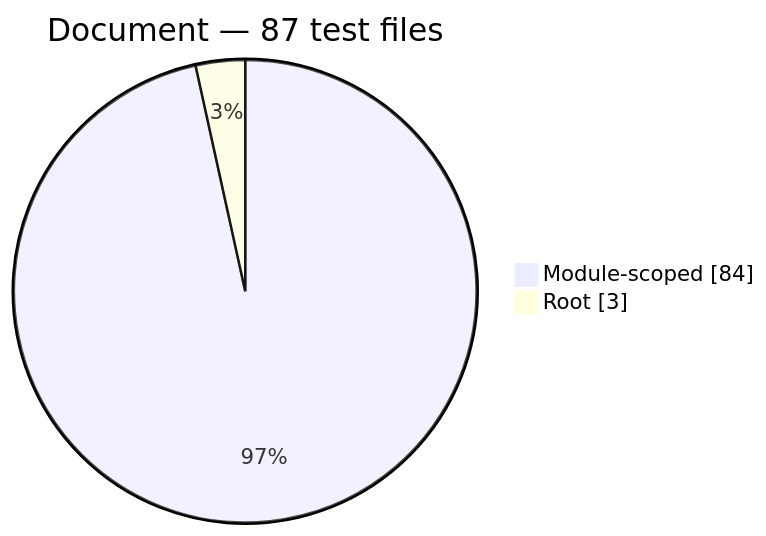
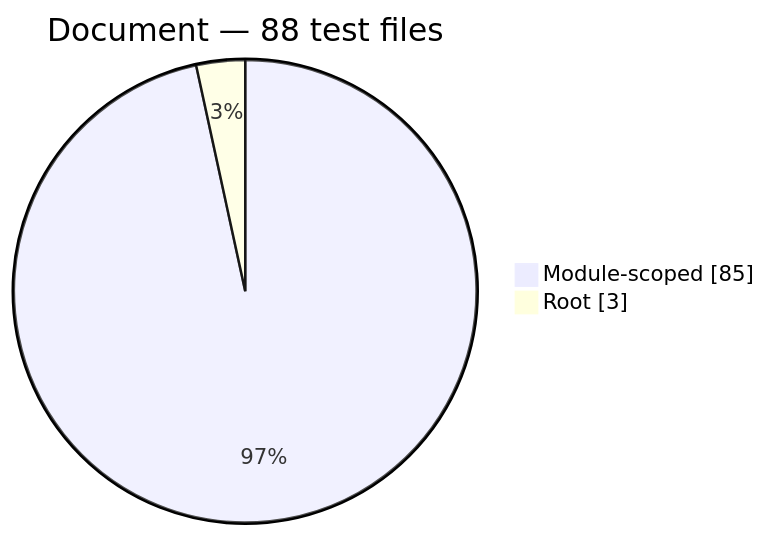
One commit to Mohammed-Alama/php-arazzo changed the fourth of 13 diagrams in docs/generated/test-composition.md. Above: the diagram before and after it, drawn with Mermaid. The commit also changed other lines of this file and 15 other files, not shown here.

````diff
--- a/docs/generated/test-composition.md
+++ b/docs/generated/test-composition.md
@@ -60,6 +60,6 @@
 ```mermaid
 pie showData
-    title Document — 87 test files
-    "Module-scoped": 84
+    title Document — 88 test files
+    "Module-scoped": 85
     "Root": 3
 ```
````
